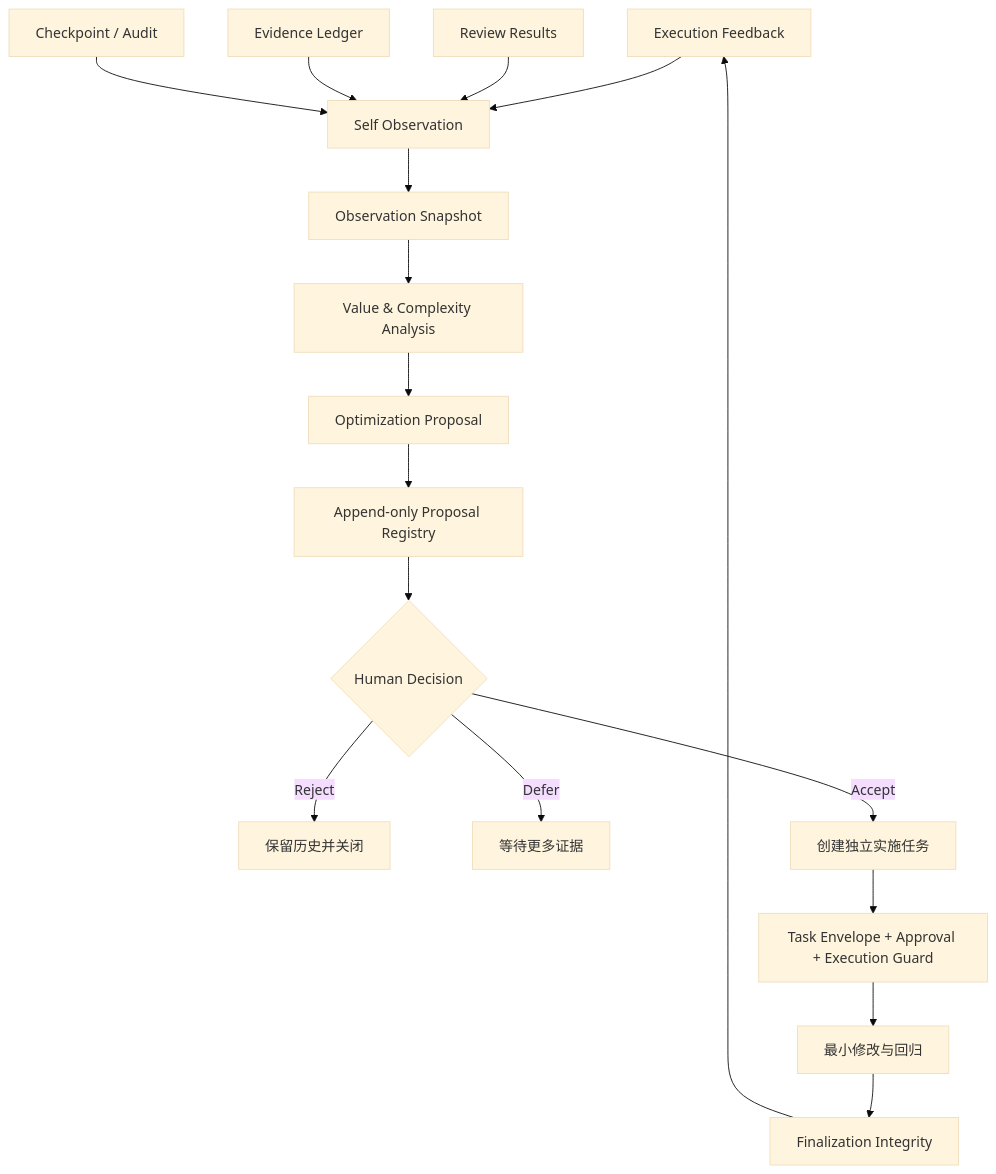
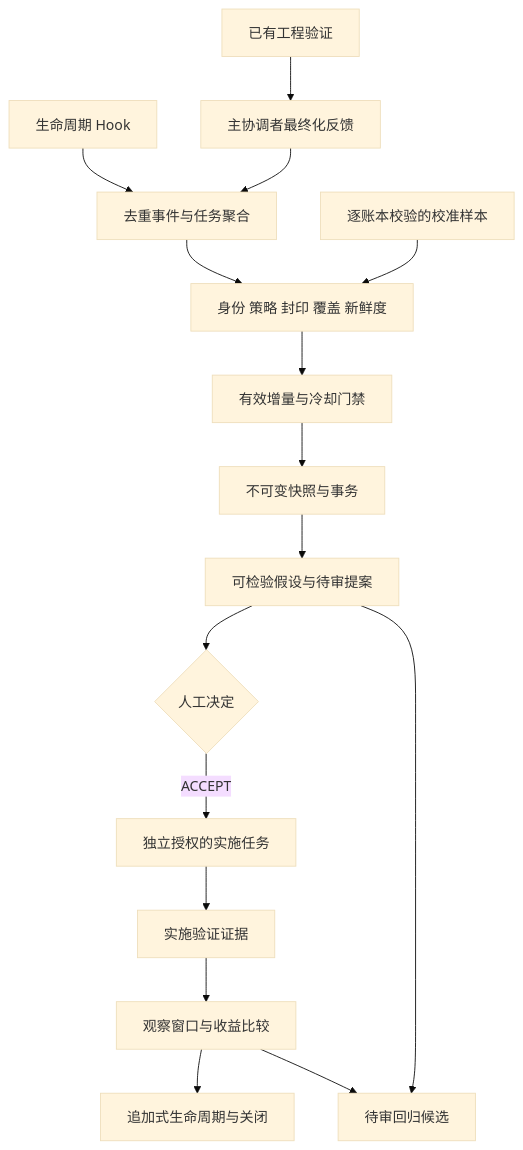
Before and after one commit to JimmyVGDY/codex-long-term-assistant-skills: the diagram in docs/evolution/SELF_EVOLUTION_ARCHITECTURE.md, drawn with Mermaid (base theme). The commit also changed other lines of this file and 109 other files, not shown here.

````diff
--- a/docs/evolution/SELF_EVOLUTION_ARCHITECTURE.md
+++ b/docs/evolution/SELF_EVOLUTION_ARCHITECTURE.md
@@ -9,19 +5,18 @@
 ```mermaid
 flowchart TD
-    A[Execution Feedback] --> O[Self Observation]
-    B[Review Results] --> O
-    C[Evidence Ledger] --> O
-    D[Checkpoint / Audit] --> O
-    O --> S[Observation Snapshot]
-    S --> V[Value & Complexity Analysis]
-    V --> P[Optimization Proposal]
-    P --> R[Append-only Proposal Registry]
-    R --> H{Human Decision}
-    H -->|Reject| X[保留历史并关闭]
-    H -->|Defer| W[等待更多证据]
-    H -->|Accept| T[创建独立实施任务]
-    T --> G[Task Envelope + Approval + Execution Guard]
-    G --> I[最小修改与回归]
-    I --> F[Finalization Integrity]
-    F --> A
+    H[生命周期 Hook] --> E[去重事件与任务聚合]
+    V[已有工程验证] --> F[主协调者最终化反馈]
+    F --> E
+    E --> C[身份 策略 封印 覆盖 新鲜度]
+    L[逐账本校验的校准样本] --> C
+    C --> I[有效增量与冷却门禁]
+    I --> S[不可变快照与事务]
+    S --> P[可检验假设与待审提案]
+    P --> D{人工决定}
+    D -->|ACCEPT| T[独立授权的实施任务]
+    T --> R[实施验证证据]
+    R --> B[观察窗口与收益比较]
+    B --> X[追加式生命周期与关闭]
+    P --> N[待审回归候选]
+    B --> N
 ```
````
